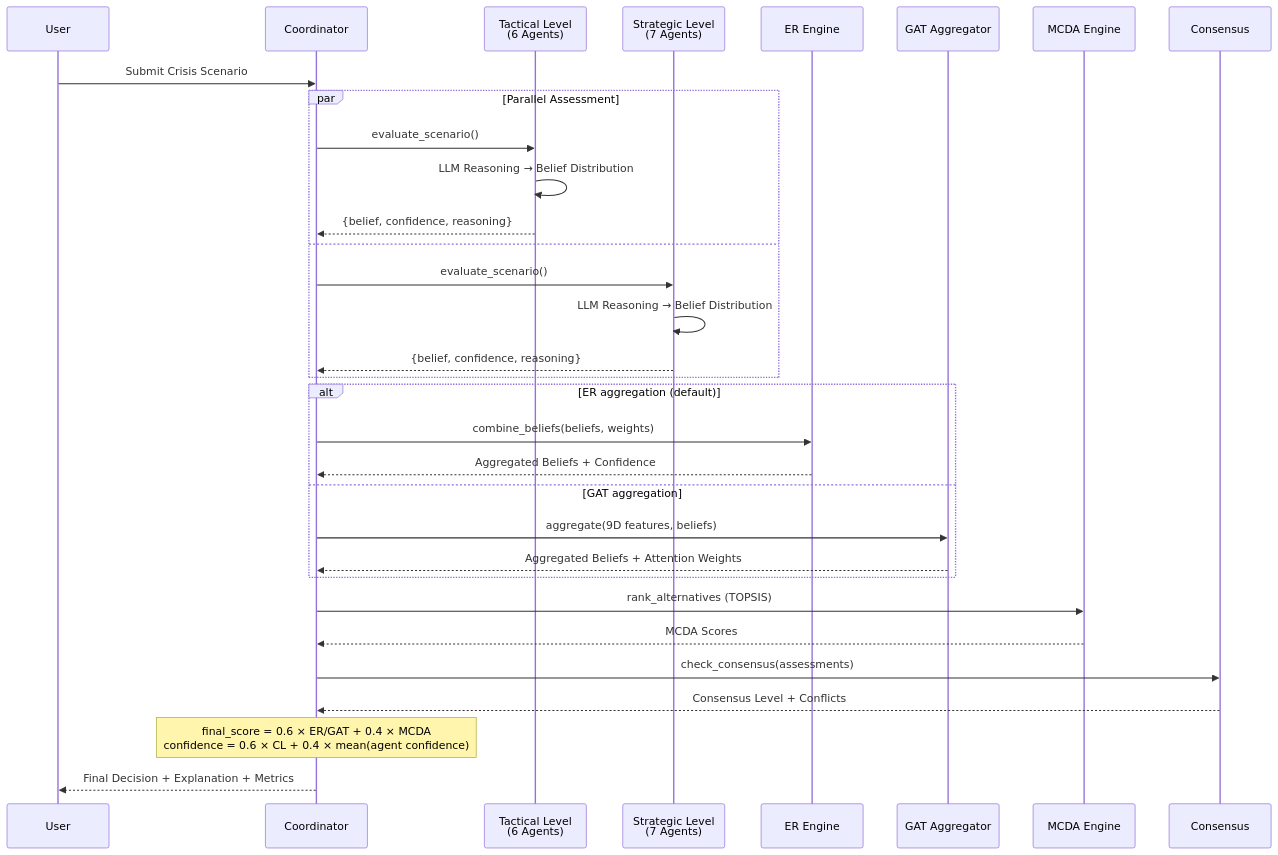
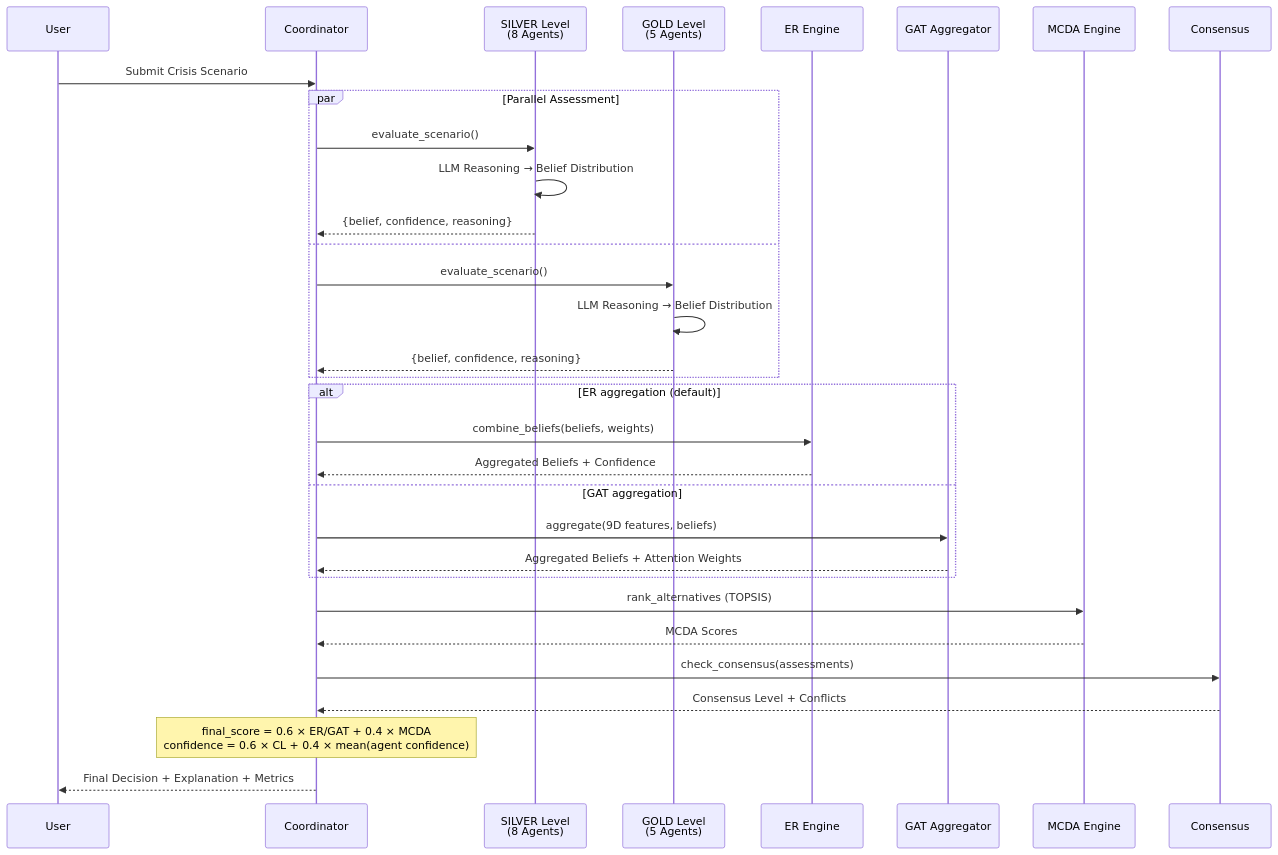
The second of 3 diagrams in academic_journal_draft.md (kerbgr/crisis_mas_poc), drawn with Mermaid before and after one commit. The commit also changed other lines of this file and 6 other files, not shown here.

Commit message:
updates on agents and architecture diagrams

````diff
--- a/academic_journal_draft.md
+++ b/academic_journal_draft.md
@@ -127,40 +127,40 @@
 ```mermaid
 sequenceDiagram
     participant User
     participant Coordinator
-    participant Tactical as Tactical Level<br/>(6 Agents)
-    participant Strategic as Strategic Level<br/>(7 Agents)
+    participant Silver as SILVER Level<br/>(8 Agents)
+    participant Gold as GOLD Level<br/>(5 Agents)
     participant ER as ER Engine
     participant GAT as GAT Aggregator
     participant MCDA as MCDA Engine
     participant Consensus
 
     User->>Coordinator: Submit Crisis Scenario
 
     par Parallel Assessment
-        Coordinator->>Tactical: evaluate_scenario()
-        Tactical->>Tactical: LLM Reasoning → Belief Distribution
-        Tactical-->>Coordinator: {belief, confidence, reasoning}
+        Coordinator->>Silver: evaluate_scenario()
+        Silver->>Silver: LLM Reasoning → Belief Distribution
+        Silver-->>Coordinator: {belief, confidence, reasoning}
     and
-        Coordinator->>Strategic: evaluate_scenario()
-        Strategic->>Strategic: LLM Reasoning → Belief Distribution
-        Strategic-->>Coordinator: {belief, confidence, reasoning}
+        Coordinator->>Gold: evaluate_scenario()
+        Gold->>Gold: LLM Reasoning → Belief Distribution
+        Gold-->>Coordinator: {belief, confidence, reasoning}
     end
 
     alt ER aggregation (default)
         Coordinator->>ER: combine_beliefs(beliefs, weights)
         ER-->>Coordinator: Aggregated Beliefs + Confidence
     else GAT aggregation
         Coordinator->>GAT: aggregate(9D features, beliefs)
         GAT-->>Coordinator: Aggregated Beliefs + Attention Weights
     end
 
     Coordinator->>MCDA: rank_alternatives (TOPSIS)
     MCDA-->>Coordinator: MCDA Scores
 
     Coordinator->>Consensus: check_consensus(assessments)
     Consensus-->>Coordinator: Consensus Level + Conflicts
 
     Note over Coordinator: final_score = 0.6 × ER/GAT + 0.4 × MCDA<br/>confidence = 0.6 × CL + 0.4 × mean(agent confidence)
     Coordinator-->>User: Final Decision + Explanation + Metrics
 ```
````
